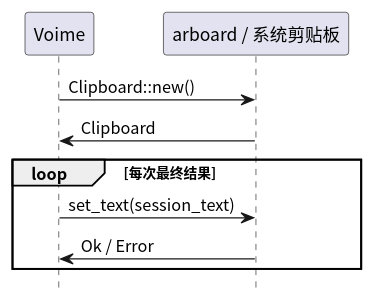
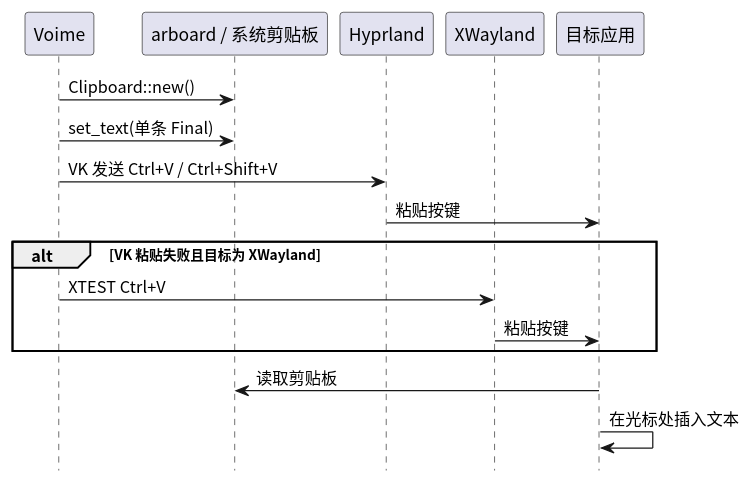
The diagram in diagram/prov-clipboard.puml (54m43lJ/voime), drawn with PlantUML before and after one commit. The commit also changed 33 other files, not shown here.

```diff
--- a/diagram/prov-clipboard.puml
+++ b/diagram/prov-clipboard.puml
@@ -1,15 +1,22 @@
 @startuml
 skinparam defaultFontName "Noto Sans CJK SC"
 skinparam shadowing false
 hide footbox
 
-participant "Voime" as App
+participant "Voime" as Voime
 participant "arboard / 系统剪贴板" as Clip
+participant "Hyprland" as Compositor
+participant "XWayland" as Xwayland
+participant "目标应用" as App
 
-App -> Clip : Clipboard::new()
-Clip -> App : Clipboard
-loop 每次最终结果
-  App -> Clip : set_text(session_text)
-  Clip -> App : Ok / Error
+Voime -> Clip : Clipboard::new()
+Voime -> Clip : set_text(单条 Final)
+Voime -> Compositor : VK 发送 Ctrl+V / Ctrl+Shift+V
+Compositor -> App : 粘贴按键
+alt VK 粘贴失败且目标为 XWayland
+  Voime -> Xwayland : XTEST Ctrl+V
+  Xwayland -> App : 粘贴按键
 end
+App -> Clip : 读取剪贴板
+App -> App : 在光标处插入文本
 @enduml
```
